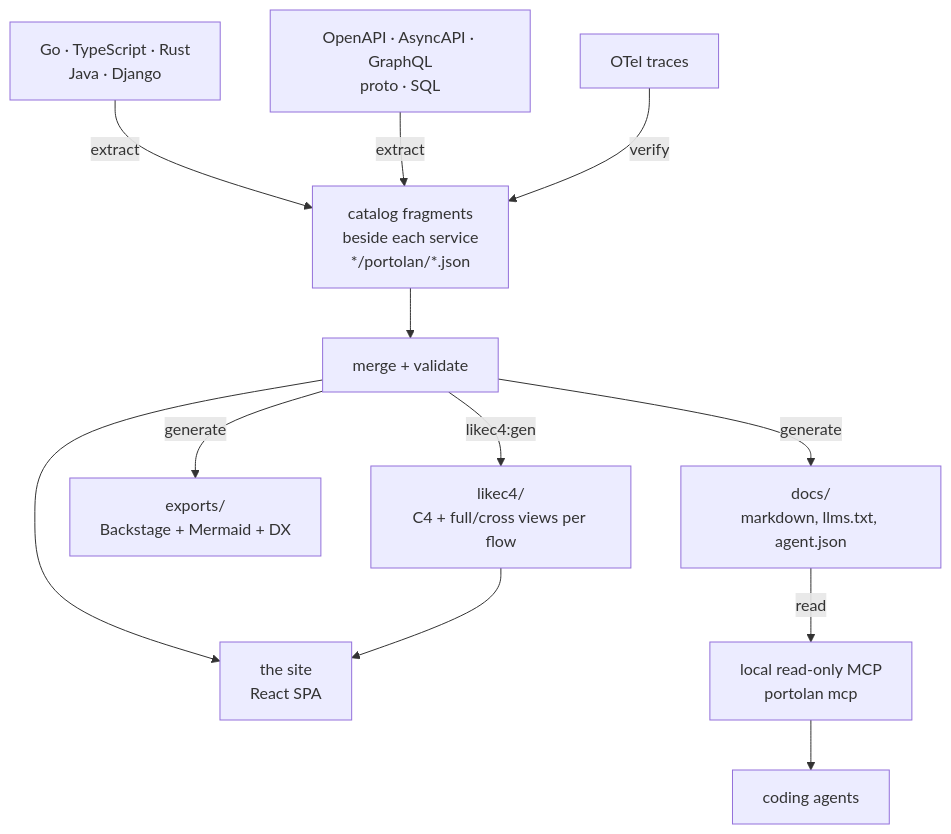
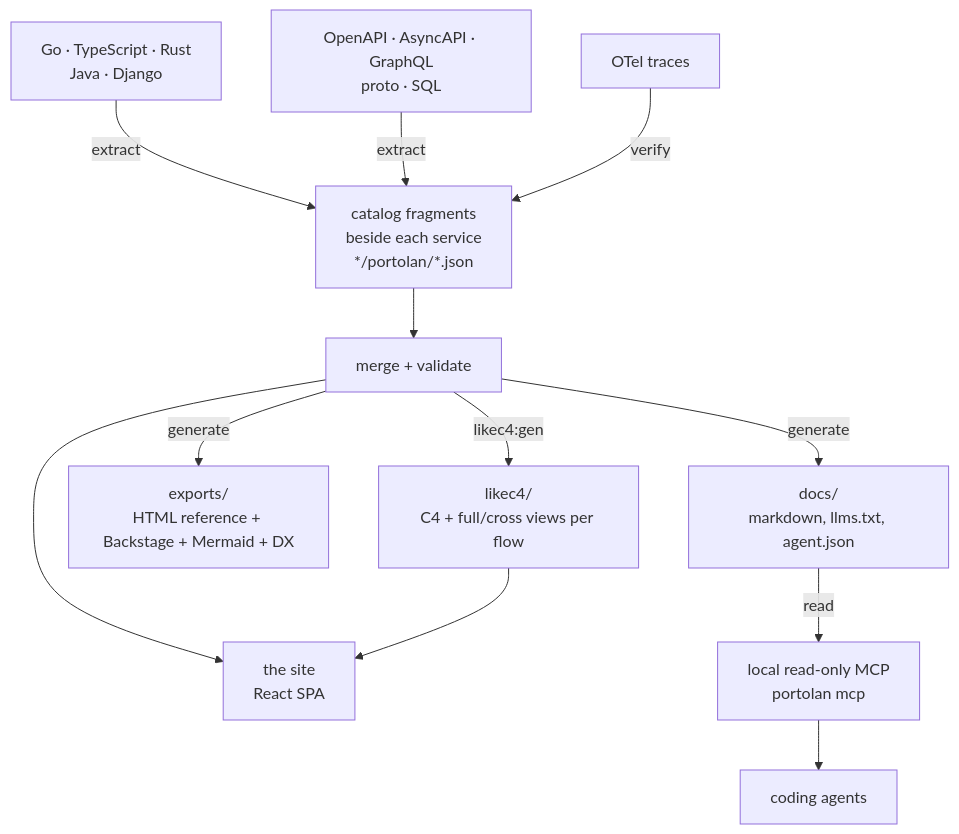
One commit to shortlink-org/portolan changed the diagram in README.md. Above: the diagram before and after it, drawn with Mermaid. The commit also changed other lines of this file and 15 other files, not shown here.

Commit message:
feat: add portable architecture reference export

````diff
--- a/README.md
+++ b/README.md
@@ -47,24 +47,24 @@
 ```mermaid
 flowchart TB
   code["Go · TypeScript · Rust<br/>Java · Django"]
   specs["OpenAPI · AsyncAPI · GraphQL<br/>proto · SQL"]
   traces["OTel traces"]
   frag["catalog fragments<br/>beside each service<br/>*/portolan/*.json"]
   merged["merge + validate"]
   site["the site<br/>React SPA"]
   docs["docs/<br/>markdown, llms.txt, agent.json"]
   mcp["local read-only MCP<br/>portolan mcp"]
   agents["coding agents"]
-  exports["exports/<br/>Backstage + Mermaid + DX"]
+  exports["exports/<br/>HTML reference + Backstage + Mermaid + DX"]
   c4["likec4/<br/>C4 + full/cross views per flow"]
 
   code -- extract --> frag
   specs -- extract --> frag
   traces -- verify --> frag
   frag --> merged
   merged --> site
   merged -- generate --> docs
   docs -- read --> mcp --> agents
   merged -- generate --> exports
   merged -- likec4:gen --> c4 --> site
 ```
````
